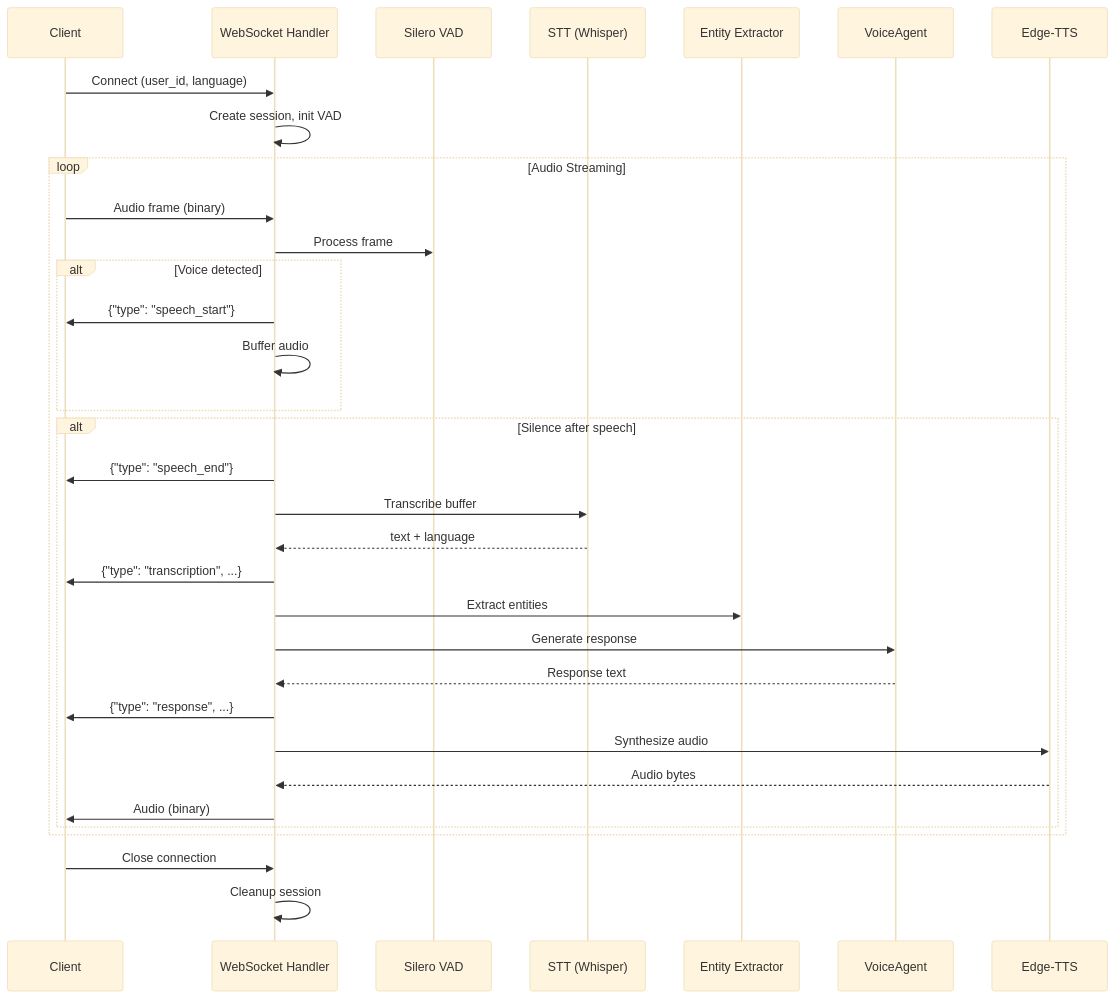
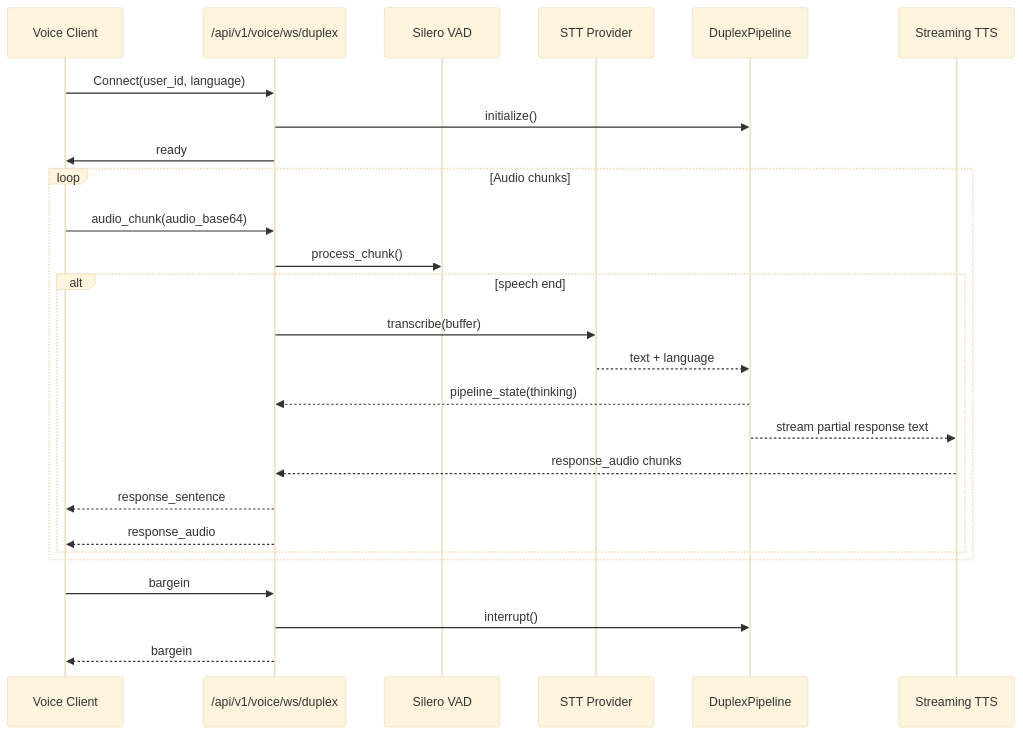
One commit to cropfresh/Cropfresh_Ai changed the diagram in docs/api/websocket-voice.md. Above: the diagram before and after it, drawn with Mermaid (base theme). The commit also changed other lines of this file and 51 other files, not shown here.

````diff
--- a/docs/api/websocket-voice.md
+++ b/docs/api/websocket-voice.md
@@ -53,40 +127,31 @@
 ```mermaid
 sequenceDiagram
-    participant C as Client
-    participant WS as WebSocket Handler
+    participant C as Voice Client
+    participant WS as /api/v1/voice/ws/duplex
     participant VAD as Silero VAD
-    participant STT as STT (Whisper)
-    participant EE as Entity Extractor
-    participant VA as VoiceAgent
-    participant TTS as Edge-TTS
+    participant STT as STT Provider
+    participant DP as DuplexPipeline
+    participant TTS as Streaming TTS
 
-    C->>WS: Connect (user_id, language)
-    WS->>WS: Create session, init VAD
+    C->>WS: Connect(user_id, language)
+    WS->>DP: initialize()
+    WS->>C: ready
 
-    loop Audio Streaming
-        C->>WS: Audio frame (binary)
-        WS->>VAD: Process frame
-        
-        alt Voice detected
-            WS->>C: {"type": "speech_start"}
-            WS->>WS: Buffer audio
-        end
-
-        alt Silence after speech
-            WS->>C: {"type": "speech_end"}
-            WS->>STT: Transcribe buffer
-            STT-->>WS: text + language
-            WS->>C: {"type": "transcription", ...}
-            WS->>EE: Extract entities
-            WS->>VA: Generate response
-            VA-->>WS: Response text
-            WS->>C: {"type": "response", ...}
-            WS->>TTS: Synthesize audio
-            TTS-->>WS: Audio bytes
-            WS->>C: Audio (binary)
+    loop Audio chunks
+        C->>WS: audio_chunk(audio_base64)
+        WS->>VAD: process_chunk()
+        alt speech end
+            WS->>STT: transcribe(buffer)
+            STT-->>DP: text + language
+            DP-->>WS: pipeline_state(thinking)
+            DP-->>TTS: stream partial response text
+            TTS-->>WS: response_audio chunks
+            WS-->>C: response_sentence
+            WS-->>C: response_audio
         end
     end
 
-    C->>WS: Close connection
-    WS->>WS: Cleanup session
+    C->>WS: bargein
+    WS->>DP: interrupt()
+    WS-->>C: bargein
 ```
````
